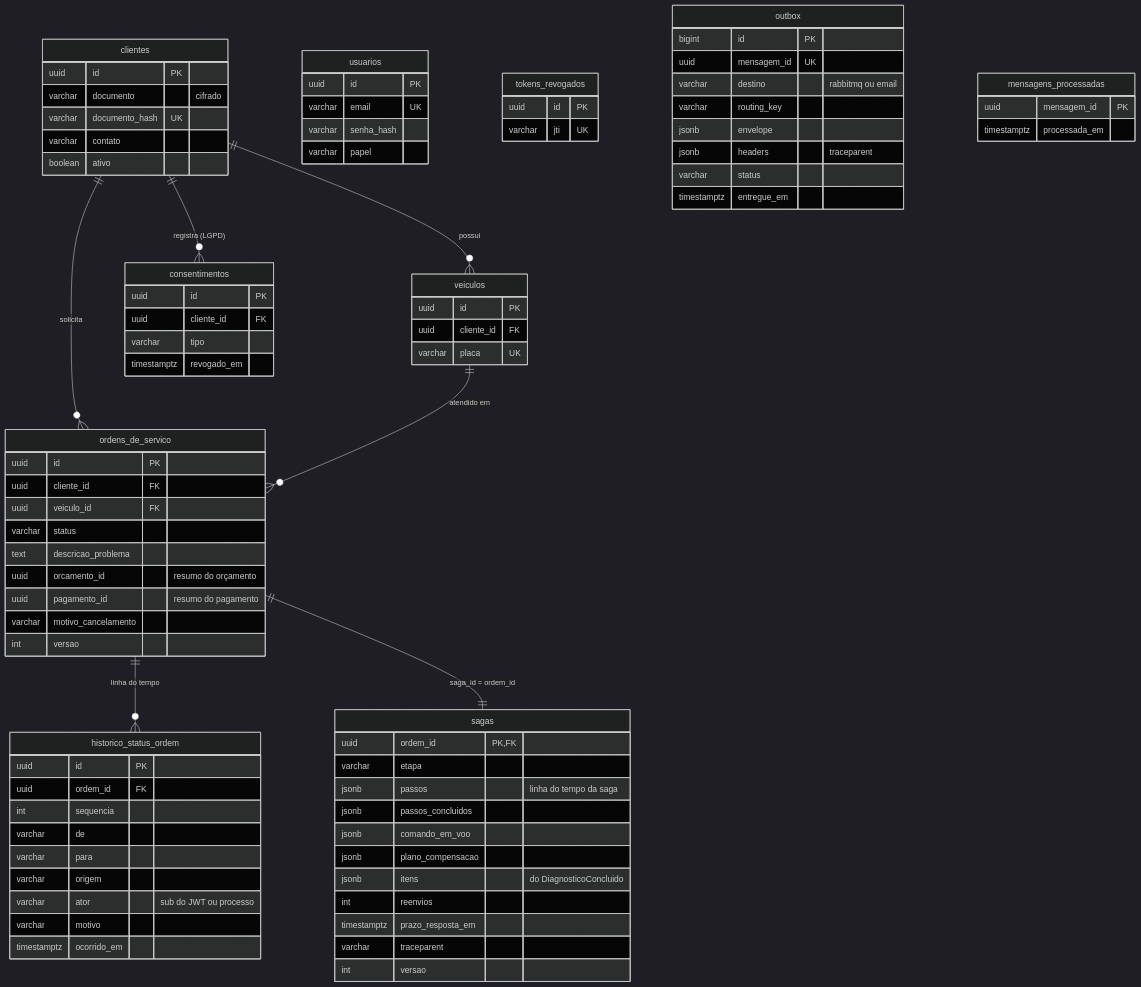
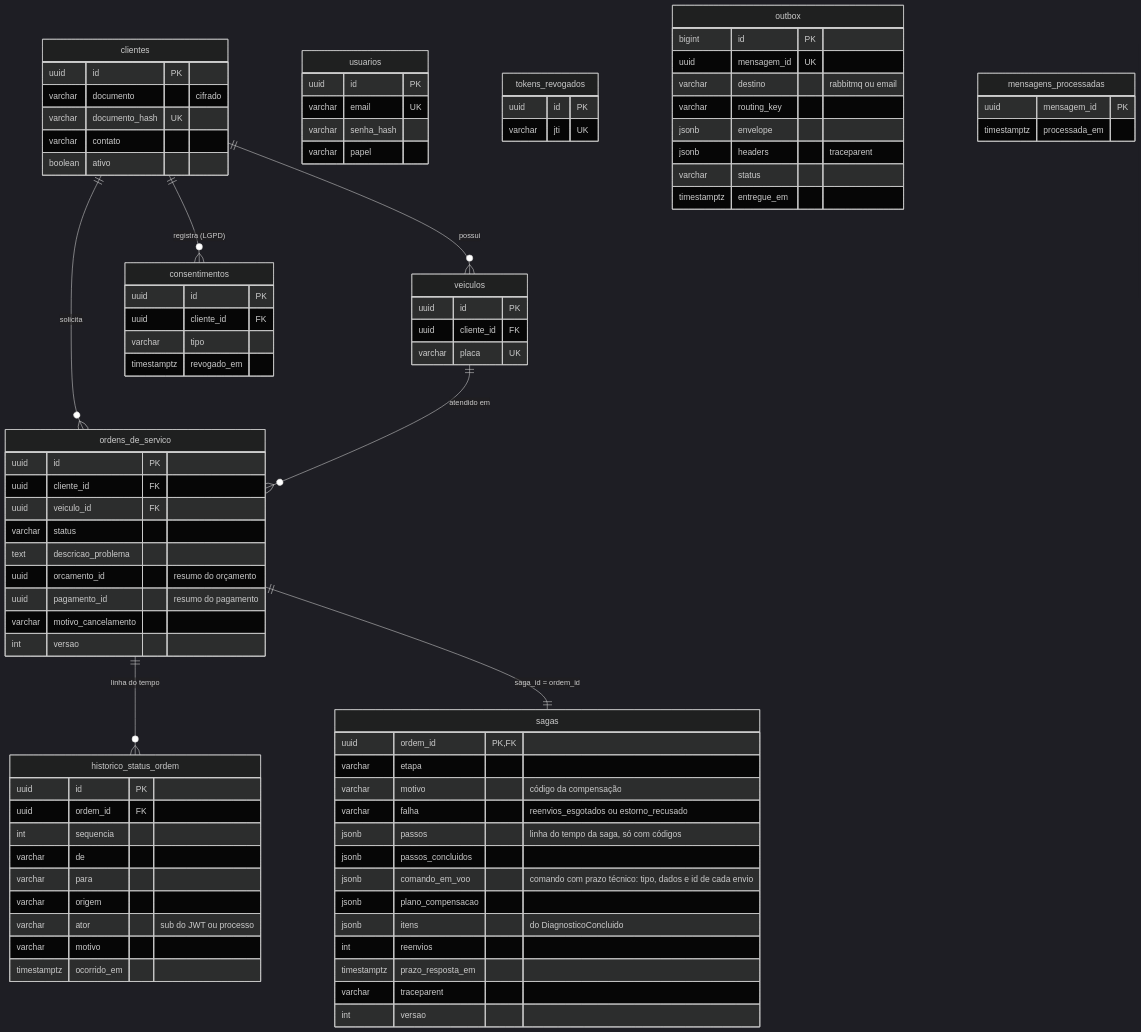
The tenth of 13 diagrams in docs/arquitetura/rfc/fase4/rfc-004-microsservicos-saga.md (fiap-postech-sw-architecture/postech-sw-arch-p4-platform), drawn with Mermaid (dark theme) before and after one commit. The commit also changed other lines of this file, not shown here.

First line of the commit message:
docs: RFC-004 com as regras do orquestrador da saga

```diff
--- a/docs/arquitetura/rfc/fase4/rfc-004-microsservicos-saga.md
+++ b/docs/arquitetura/rfc/fase4/rfc-004-microsservicos-saga.md
@@ -818,9 +845,11 @@
     sagas {
         uuid ordem_id PK, FK
         varchar etapa
-        jsonb passos "linha do tempo da saga"
+        varchar motivo "código da compensação"
+        varchar falha "reenvios_esgotados ou estorno_recusado"
+        jsonb passos "linha do tempo da saga, só com códigos"
         jsonb passos_concluidos
-        jsonb comando_em_voo
+        jsonb comando_em_voo "comando com prazo técnico: tipo, dados e id de cada envio"
         jsonb plano_compensacao
         jsonb itens "do DiagnosticoConcluido"
         int reenvios
```
